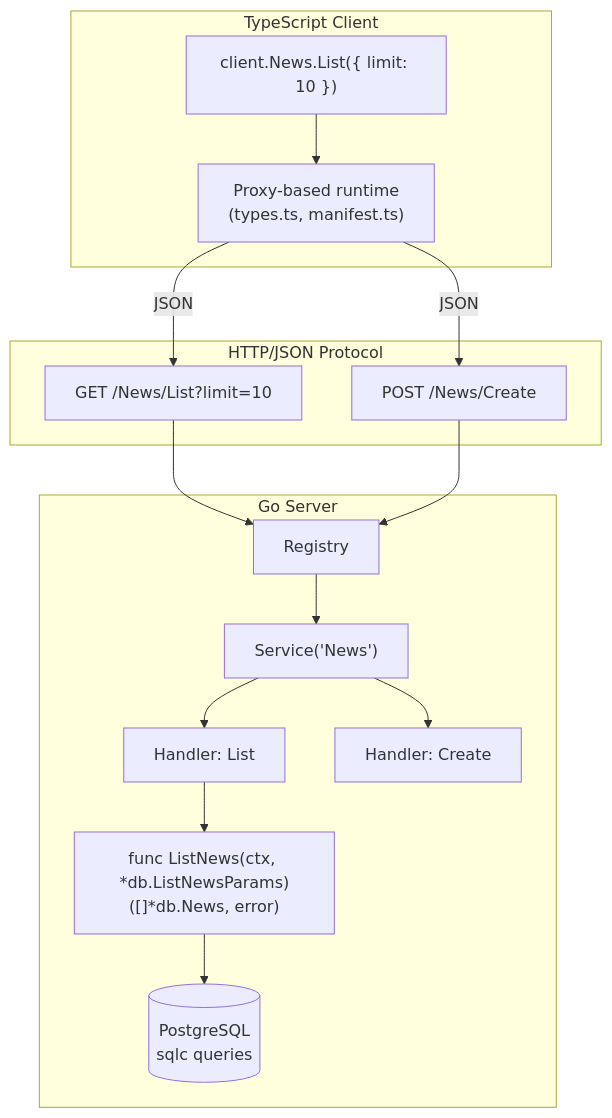
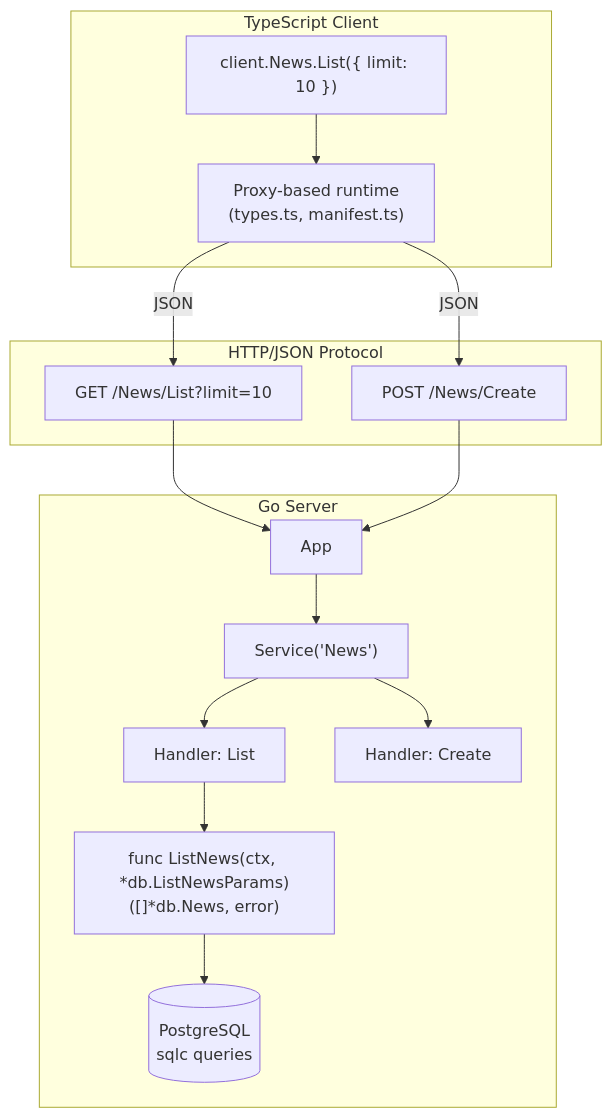
The diagram in doc/DESIGN.md (broady/tygor), drawn with Mermaid before and after one commit. The commit also changed other lines of this file and 13 other files, not shown here.

First line of the commit message:
Rename Registry to App for better godoc ordering

````diff
--- a/doc/DESIGN.md
+++ b/doc/DESIGN.md
@@ -7,33 +7,33 @@
 ```mermaid
 graph TB
     subgraph Frontend["TypeScript Client"]
         Client["client.News.List({ limit: 10 })"]
         TSClient["Proxy-based runtime<br/>(types.ts, manifest.ts)"]
         Client --> TSClient
     end
 
     subgraph HTTP["HTTP/JSON Protocol"]
         GET["GET /News/List?limit=10"]
         POST["POST /News/Create"]
     end
 
     subgraph Backend["Go Server"]
-        Registry["Registry"]
+        App["App"]
         Service["Service('News')"]
         Handler1["Handler: List"]
         Handler2["Handler: Create"]
         Func["func ListNews(ctx, *db.ListNewsParams)<br/>([]*db.News, error)"]
         DB[("PostgreSQL<br/>sqlc queries")]
 
-        Registry --> Service
+        App --> Service
         Service --> Handler1
         Service --> Handler2
         Handler1 --> Func
         Func --> DB
     end
 
     TSClient -->|"JSON"| GET
     TSClient -->|"JSON"| POST
-    GET --> Registry
-    POST --> Registry
+    GET --> App
+    POST --> App
 ```
````
